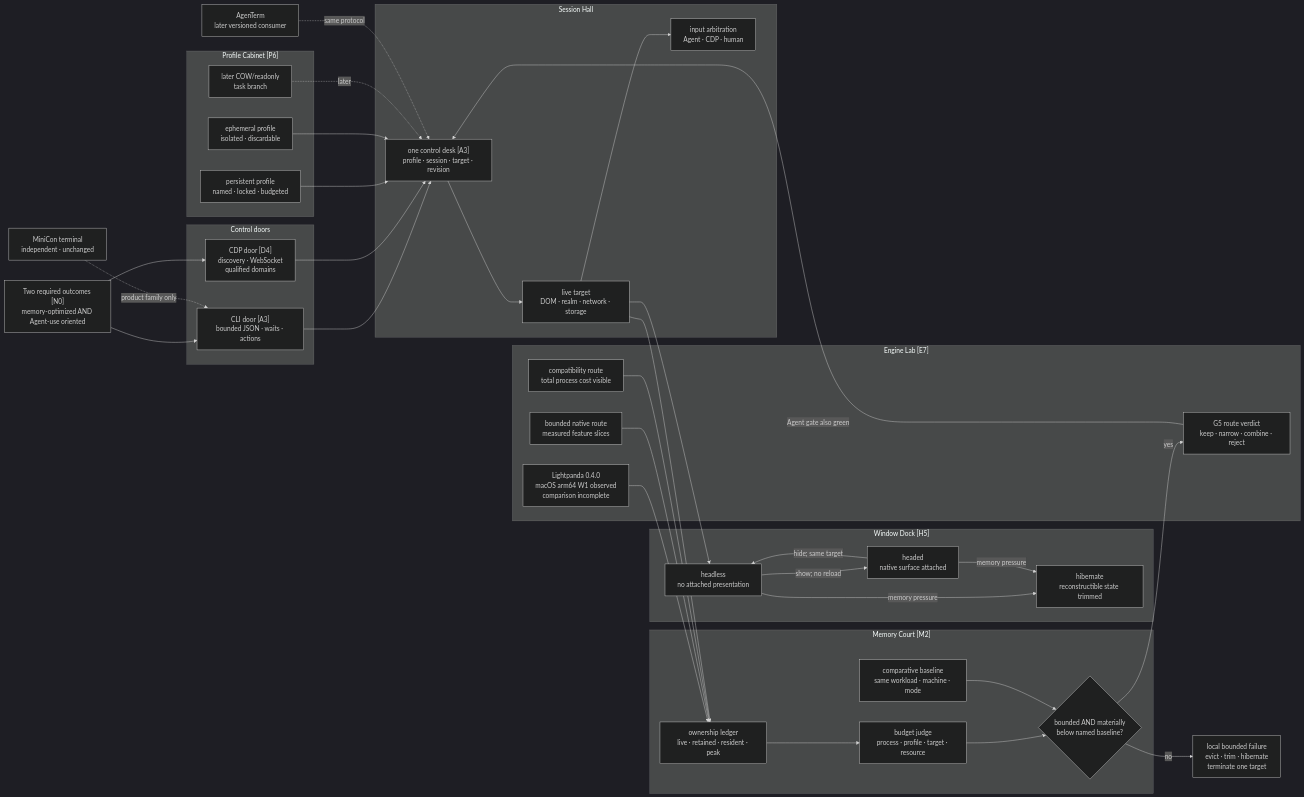
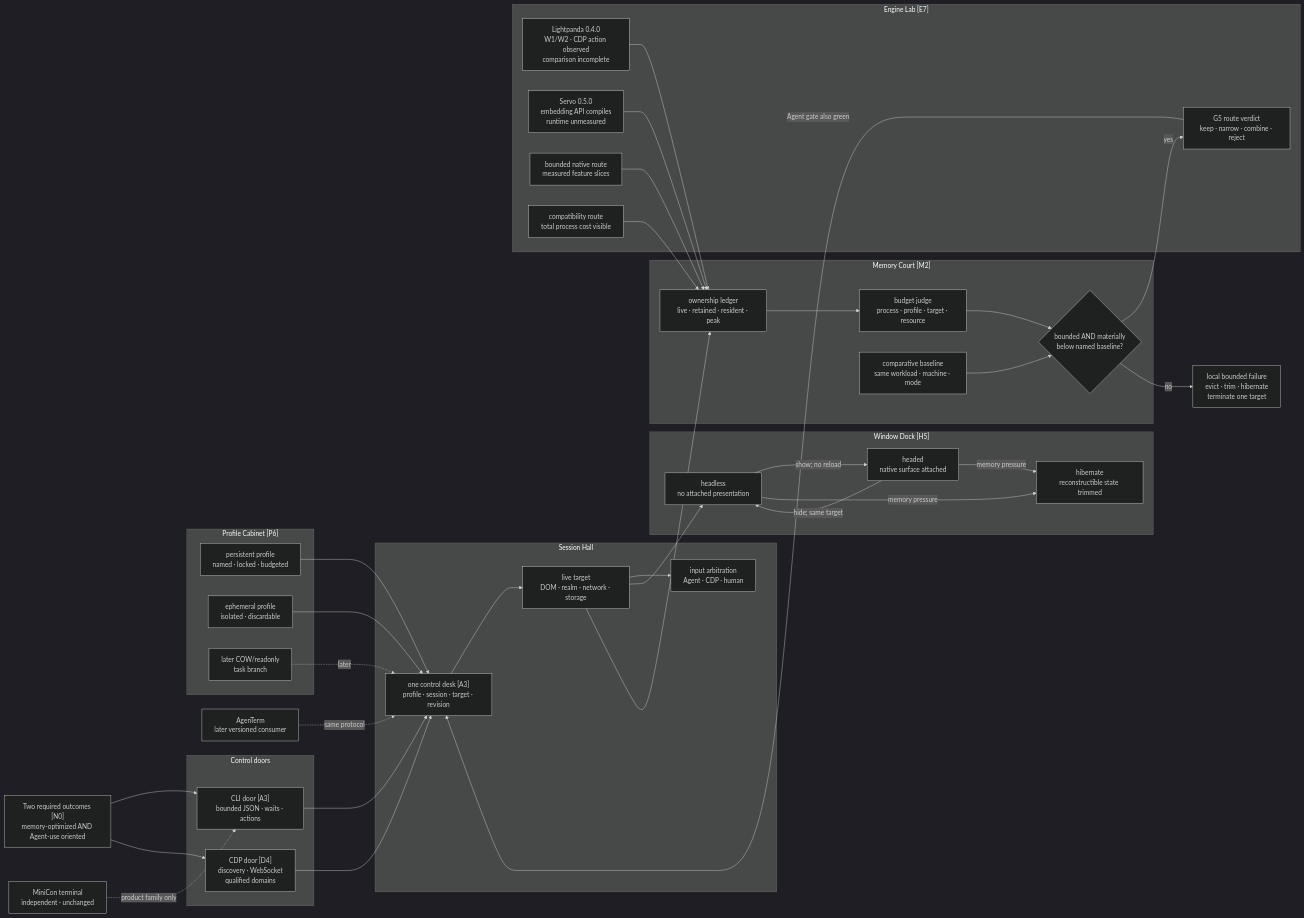
Before and after one commit to partnernetsoftware/minicon-surf: the diagram in plan/plan-0.0.x.md, drawn with Mermaid (dark theme). The commit also changed other lines of this file and 20 other files, not shown here.

````diff
--- a/plan/plan-0.0.x.md
+++ b/plan/plan-0.0.x.md
@@ -150,63 +151,64 @@
 ```mermaid
 flowchart LR
     U["Two required outcomes [N0]<br/>memory-optimized AND Agent-use oriented"]
 
     subgraph ENTRY["Control doors"]
         CLI["CLI door [A3]<br/>bounded JSON · waits · actions"]
         CDP["CDP door [D4]<br/>discovery · WebSocket<br/>qualified domains"]
     end
 
     subgraph ID["Profile Cabinet [P6]"]
         PP["persistent profile<br/>named · locked · budgeted"]
         EP["ephemeral profile<br/>isolated · discardable"]
         CP["later COW/readonly<br/>task branch"]
     end
 
     subgraph LIVE["Session Hall"]
         CTRL["one control desk [A3]<br/>profile · session · target · revision"]
         PAGE["live target<br/>DOM · realm · network · storage"]
         ARB["input arbitration<br/>Agent · CDP · human"]
     end
 
     subgraph SURF["Window Dock [H5]"]
         OFF["headless<br/>no attached presentation"]
         ON["headed<br/>native surface attached"]
         HIB["hibernate<br/>reconstructible state trimmed"]
     end
 
     subgraph MEM["Memory Court [M2]"]
         BOOK["ownership ledger<br/>live · retained · resident · peak"]
         LIMIT["budget judge<br/>process · profile · target · resource"]
         BASE["comparative baseline<br/>same workload · machine · mode"]
         PRESS{"bounded AND materially<br/>below named baseline?"}
     end
 
     subgraph LAB["Engine Lab [E7]"]
-        LP["Lightpanda 0.4.0<br/>macOS arm64 W1 observed<br/>comparison incomplete"]
+        LP["Lightpanda 0.4.0<br/>W1/W2 · CDP action observed<br/>comparison incomplete"]
+        SERVO["Servo 0.5.0<br/>embedding API compiles<br/>runtime unmeasured"]
         NATIVE["bounded native route<br/>measured feature slices"]
         COMPAT["compatibility route<br/>total process cost visible"]
         DECIDE["G5 route verdict<br/>keep · narrow · combine · reject"]
     end
 
     AT["AgenTerm<br/>later versioned consumer"]
     MINI["MiniCon terminal<br/>independent · unchanged"]
     FAIL["local bounded failure<br/>evict · trim · hibernate<br/>terminate one target"]
 
     U --> CLI & CDP
     CLI & CDP --> CTRL
     PP & EP --> CTRL
     CP -. later .-> CTRL
     CTRL --> PAGE --> ARB
     PAGE --> OFF
     OFF -->|show; no reload| ON
     ON -->|hide; same target| OFF
     OFF & ON -->|memory pressure| HIB
     PAGE --> BOOK --> LIMIT --> PRESS
     BASE --> PRESS
-    LP & NATIVE & COMPAT --> BOOK
+    LP & SERVO & NATIVE & COMPAT --> BOOK
     PRESS -->|yes| DECIDE
     PRESS -->|no| FAIL
     DECIDE -->|Agent gate also green| CTRL
     AT -. same protocol .-> CTRL
     MINI -. product family only .-> CLI
 ```
````
